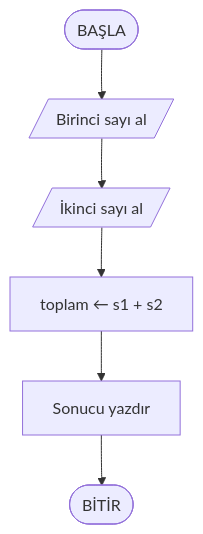
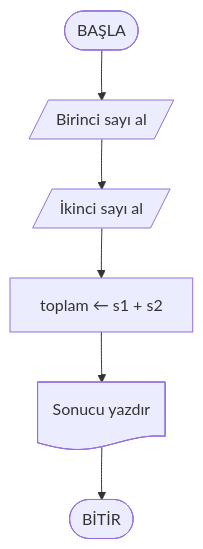
The first of 10 diagrams in Hafta02/ders_icerik.md (ibrahimayaz/Algoritma-ve-Programlamaya-Giris-2025), drawn with Mermaid before and after one commit. The commit also changed other lines of this file and 18 other files, not shown here.

````diff
--- a/Hafta02/ders_icerik.md
+++ b/Hafta02/ders_icerik.md
@@ -394,5 +342,5 @@
 ```mermaid
 flowchart TD
   start([BAŞLA]) --> in1[/Birinci sayı al/] --> in2[/İkinci sayı al/]
-  in2 --> calc[toplam ← s1 + s2] --> out[Sonucu yazdır] --> endNode([BİTİR])
+  in2 --> calc[toplam ← s1 + s2] --> out@{ shape: doc, label: "Sonucu yazdır" } --> endNode([BİTİR])
 ```
````
